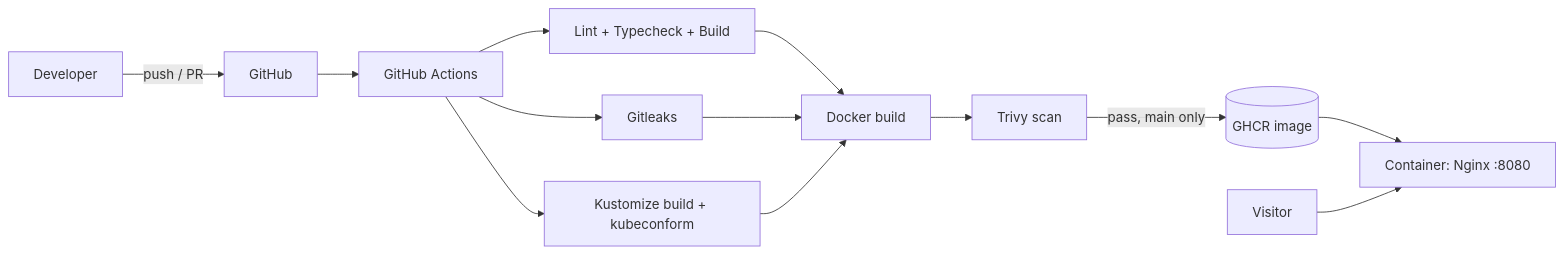
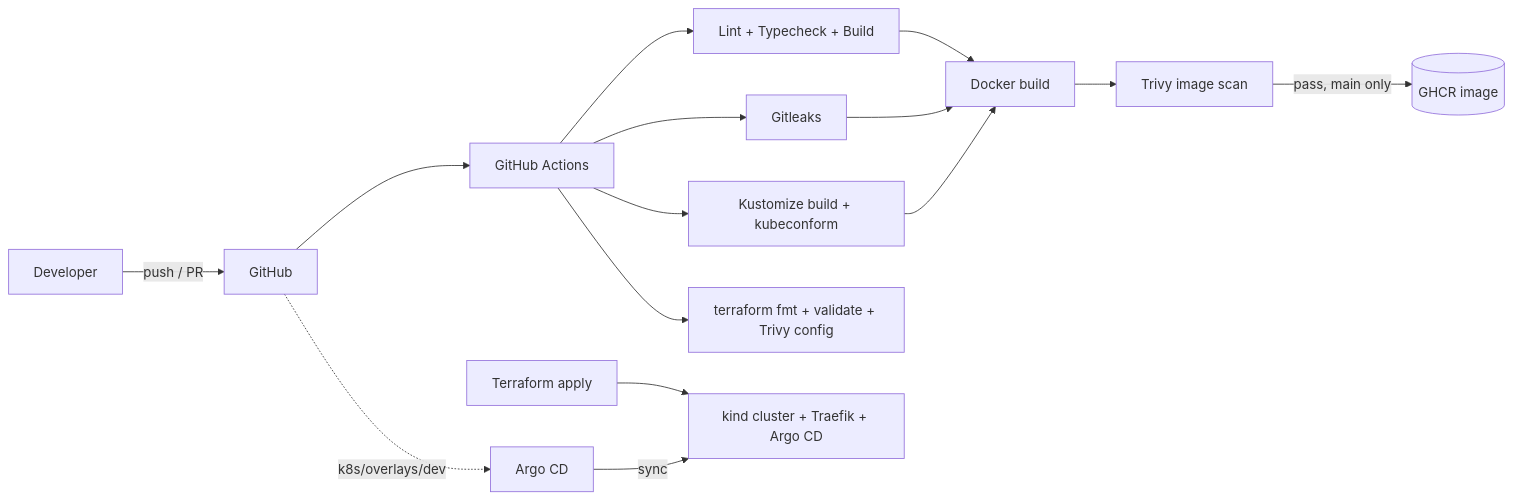
One commit to rickyrohaendi12/ricky-rohaendi-portfolio changed the diagram in README.md. Above: the diagram before and after it, drawn with Mermaid. The commit also changed other lines of this file, not shown here.

Commit message:
docs: update README with Terraform, Argo CD, and refreshed roadmap

````diff
--- a/README.md
+++ b/README.md
@@ -54,15 +57,17 @@
 ```mermaid
 flowchart LR
   Dev[Developer] -->|push / PR| GH[GitHub]
   GH --> CI[GitHub Actions]
   CI --> T[Lint + Typecheck + Build]
   CI --> S[Gitleaks]
   CI --> K[Kustomize build + kubeconform]
+  CI --> TF[terraform fmt + validate + Trivy config]
   T --> D[Docker build]
   S --> D
   K --> D
-  D --> V[Trivy scan]
+  D --> V[Trivy image scan]
   V -->|pass, main only| R[(GHCR image)]
-  R --> Run[Container: Nginx :8080]
-  User[Visitor] --> Run
+  TFA[Terraform apply] --> C[kind cluster + Traefik + Argo CD]
+  GH -.->|k8s/overlays/dev| A[Argo CD]
+  A -->|sync| C
 ```
````
